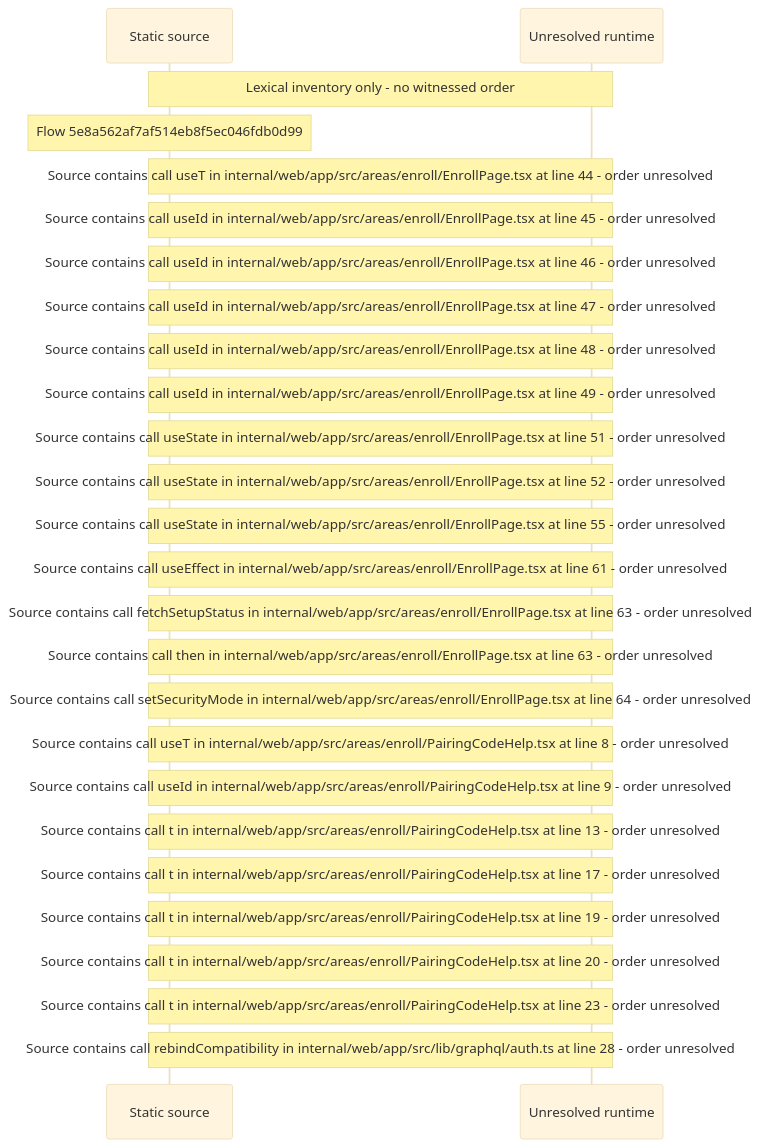
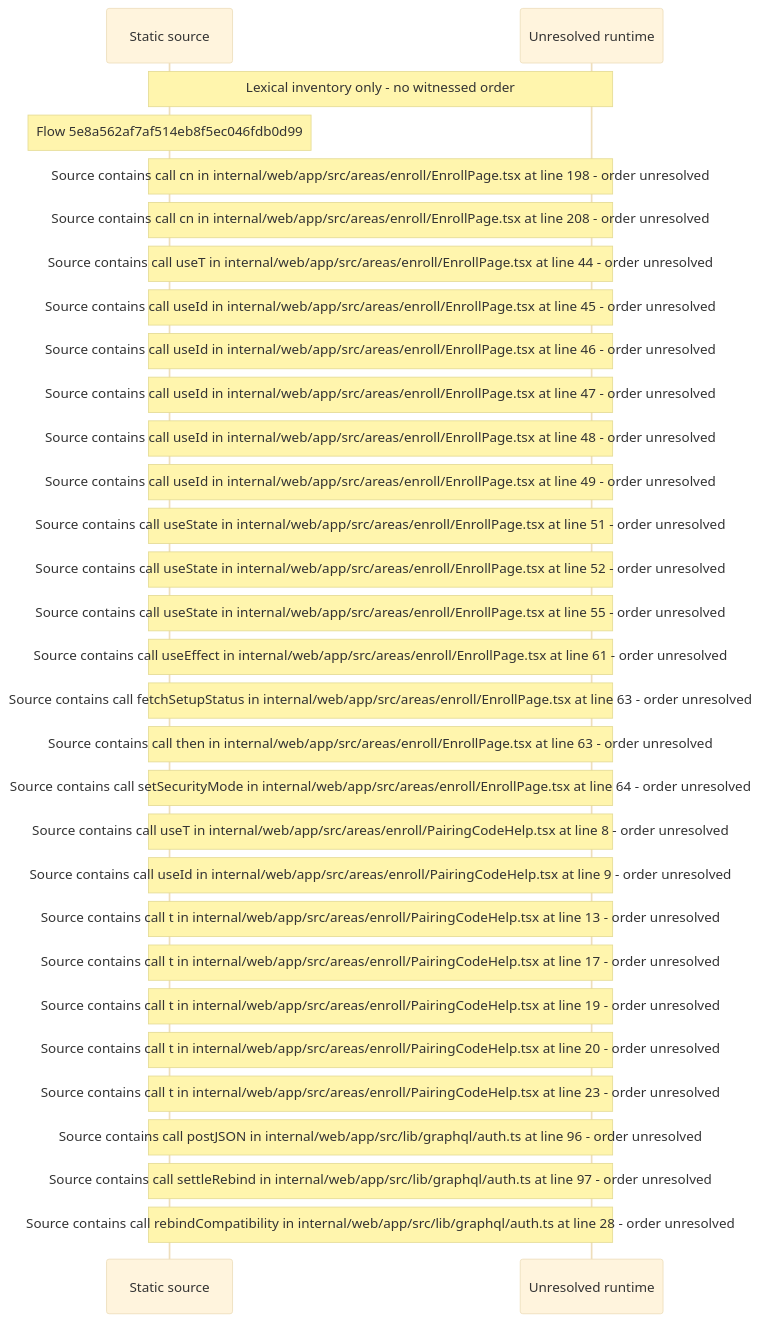
One commit to beamfall/core changed the diagram in docs/web/flows/generated/5e8a562af7af514eb8f5ec046fdb0d99/flow-diagram.md. Above: the diagram before and after it, drawn with Mermaid (base theme). The commit also changed other lines of this file and 699 other files, not shown here.

Commit message:
Regenerate the web flow record with flow generator version 5

````diff
--- a/docs/web/flows/generated/5e8a562af7af514eb8f5ec046fdb0d99/flow-diagram.md
+++ b/docs/web/flows/generated/5e8a562af7af514eb8f5ec046fdb0d99/flow-diagram.md
@@ -10,28 +10,32 @@
 ```mermaid
 sequenceDiagram
     participant S as Static source
     participant U as Unresolved runtime
     Note over S,U: Lexical inventory only - no witnessed order
     Note over S: Flow 5e8a562af7af514eb8f5ec046fdb0d99
+    Note over S,U: Source contains call cn in internal/web/app/src/areas/enroll/EnrollPage.tsx at line 198 - order unresolved
+    Note over S,U: Source contains call cn in internal/web/app/src/areas/enroll/EnrollPage.tsx at line 208 - order unresolved
     Note over S,U: Source contains call useT in internal/web/app/src/areas/enroll/EnrollPage.tsx at line 44 - order unresolved
     Note over S,U: Source contains call useId in internal/web/app/src/areas/enroll/EnrollPage.tsx at line 45 - order unresolved
     Note over S,U: Source contains call useId in internal/web/app/src/areas/enroll/EnrollPage.tsx at line 46 - order unresolved
     Note over S,U: Source contains call useId in internal/web/app/src/areas/enroll/EnrollPage.tsx at line 47 - order unresolved
     Note over S,U: Source contains call useId in internal/web/app/src/areas/enroll/EnrollPage.tsx at line 48 - order unresolved
     Note over S,U: Source contains call useId in internal/web/app/src/areas/enroll/EnrollPage.tsx at line 49 - order unresolved
     Note over S,U: Source contains call useState in internal/web/app/src/areas/enroll/EnrollPage.tsx at line 51 - order unresolved
     Note over S,U: Source contains call useState in internal/web/app/src/areas/enroll/EnrollPage.tsx at line 52 - order unresolved
     Note over S,U: Source contains call useState in internal/web/app/src/areas/enroll/EnrollPage.tsx at line 55 - order unresolved
     Note over S,U: Source contains call useEffect in internal/web/app/src/areas/enroll/EnrollPage.tsx at line 61 - order unresolved
     Note over S,U: Source contains call fetchSetupStatus in internal/web/app/src/areas/enroll/EnrollPage.tsx at line 63 - order unresolved
     Note over S,U: Source contains call then in internal/web/app/src/areas/enroll/EnrollPage.tsx at line 63 - order unresolved
     Note over S,U: Source contains call setSecurityMode in internal/web/app/src/areas/enroll/EnrollPage.tsx at line 64 - order unresolved
     Note over S,U: Source contains call useT in internal/web/app/src/areas/enroll/PairingCodeHelp.tsx at line 8 - order unresolved
     Note over S,U: Source contains call useId in internal/web/app/src/areas/enroll/PairingCodeHelp.tsx at line 9 - order unresolved
     Note over S,U: Source contains call t in internal/web/app/src/areas/enroll/PairingCodeHelp.tsx at line 13 - order unresolved
     Note over S,U: Source contains call t in internal/web/app/src/areas/enroll/PairingCodeHelp.tsx at line 17 - order unresolved
     Note over S,U: Source contains call t in internal/web/app/src/areas/enroll/PairingCodeHelp.tsx at line 19 - order unresolved
     Note over S,U: Source contains call t in internal/web/app/src/areas/enroll/PairingCodeHelp.tsx at line 20 - order unresolved
     Note over S,U: Source contains call t in internal/web/app/src/areas/enroll/PairingCodeHelp.tsx at line 23 - order unresolved
+    Note over S,U: Source contains call postJSON in internal/web/app/src/lib/graphql/auth.ts at line 96 - order unresolved
+    Note over S,U: Source contains call settleRebind in internal/web/app/src/lib/graphql/auth.ts at line 97 - order unresolved
     Note over S,U: Source contains call rebindCompatibility in internal/web/app/src/lib/graphql/auth.ts at line 28 - order unresolved
 ```
````
